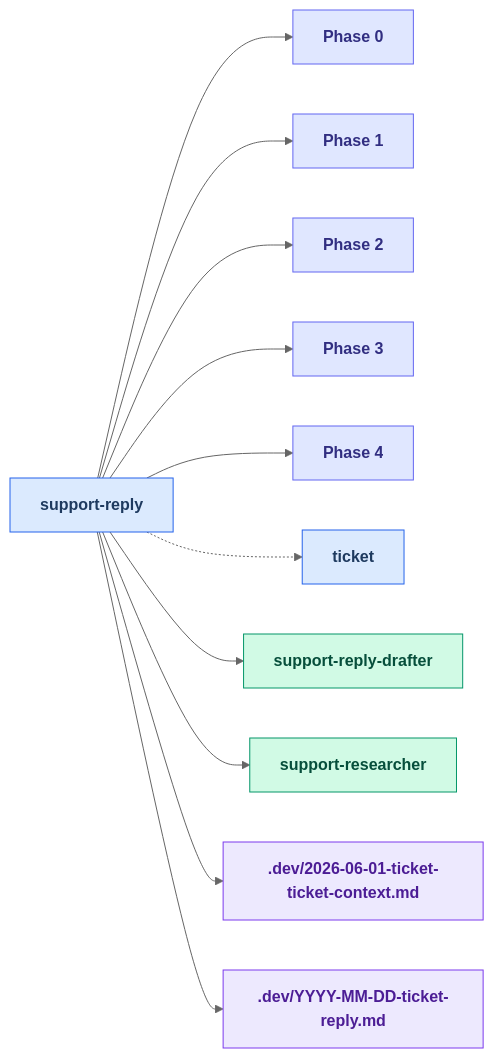
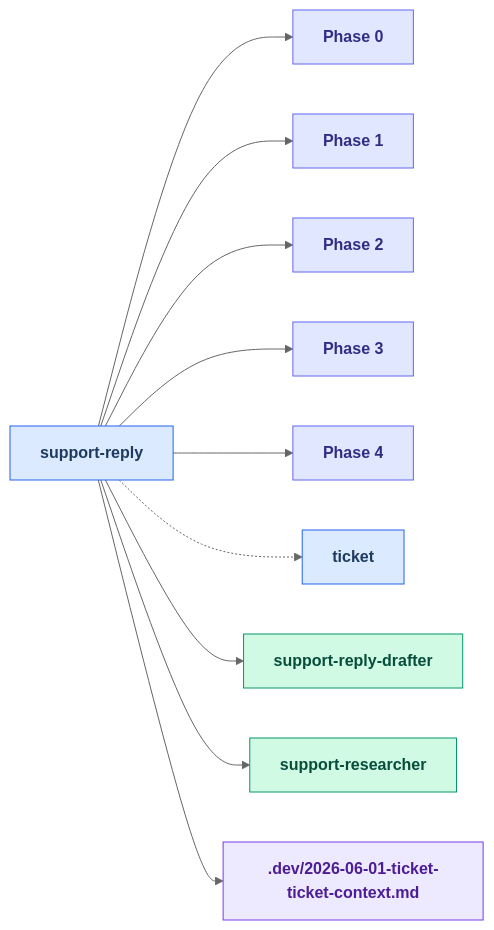
The third of 24 diagrams in docs/skills_map.md (russell-laing/al-dev-shared), drawn with Mermaid (neutral theme) before and after one commit. The commit also changed other lines of this file, not shown here.

First line of the commit message:
📝 docs(skills-map): sync Layer 2 drilldowns with current skill set

````diff
--- a/docs/skills_map.md
+++ b/docs/skills_map.md
@@ -161,43 +155,40 @@
 ```mermaid
 flowchart LR
     classDef skillNode fill:#dbeafe,stroke:#2563eb,color:#1e3a5f,font-weight:bold
     classDef agentNode fill:#d1fae5,stroke:#059669,color:#064e3b,font-weight:bold
     classDef knowledgeNode fill:#fef3c7,stroke:#d97706,color:#78350f,font-weight:bold
     classDef artifactNode fill:#ede9fe,stroke:#7c3aed,color:#4c1d95,font-weight:bold
     classDef phaseNode fill:#e0e7ff,stroke:#6366f1,color:#312e81,font-weight:bold
 
     skill_support_reply[support-reply]
     Phase0["Phase 0"]
     Phase1["Phase 1"]
     Phase2["Phase 2"]
     Phase3["Phase 3"]
     Phase4["Phase 4"]
     skill_ticket[ticket]
     agent_support_reply_drafter[support-reply-drafter]
     agent_support_researcher[support-researcher]
     artifact_2026_06_01_ticket_ticket_context_md[.dev/2026-06-01-ticket-ticket-context.md]
-    artifact_YYYY_MM_DD_ticket_reply_md[.dev/YYYY-MM-DD-ticket-reply.md]
 
     skill_support_reply --> Phase0
     skill_support_reply --> Phase1
     skill_support_reply --> Phase2
     skill_support_reply --> Phase3
     skill_support_reply --> Phase4
     skill_support_reply -.-> skill_ticket
     skill_support_reply --> agent_support_reply_drafter
     skill_support_reply --> agent_support_researcher
     skill_support_reply --> artifact_2026_06_01_ticket_ticket_context_md
-    skill_support_reply --> artifact_YYYY_MM_DD_ticket_reply_md
 
     class skill_support_reply skillNode
     class Phase0 phaseNode
     class Phase1 phaseNode
     class Phase2 phaseNode
     class Phase3 phaseNode
     class Phase4 phaseNode
     class skill_ticket skillNode
     class agent_support_reply_drafter agentNode
     class agent_support_researcher agentNode
     class artifact_2026_06_01_ticket_ticket_context_md artifactNode
-    class artifact_YYYY_MM_DD_ticket_reply_md artifactNode
 ```
````
